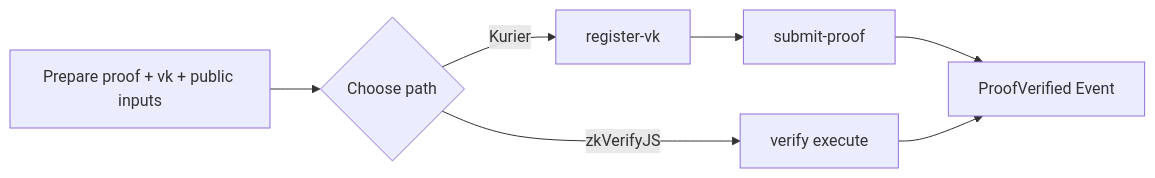
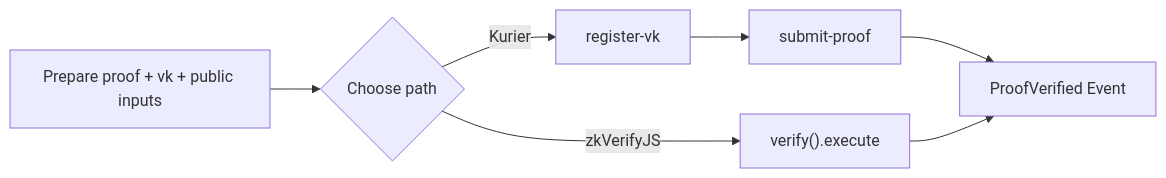
The diagram in docs/overview/01-quickstart/01-quickstart.md (zkVerify/zkverify-docs), drawn with Mermaid before and after one commit. The commit also changed other lines of this file and 15 other files, not shown here.

````diff
--- a/docs/overview/01-quickstart/01-quickstart.md
+++ b/docs/overview/01-quickstart/01-quickstart.md
@@ -10,9 +10,9 @@
 ```mermaid
 flowchart LR
   A[Prepare proof + vk + public inputs] --> B{Choose path}
   B -->|Kurier| C[register-vk]
   C --> D[submit-proof]
-  B -->|zkVerifyJS| E[verify execute]
+  B -->|zkVerifyJS| E["verify().execute"]
   D --> F[ProofVerified Event]
   E --> F
 ```
````
